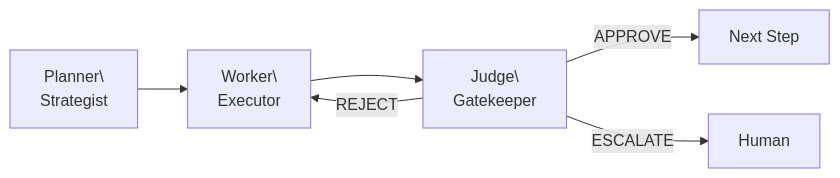
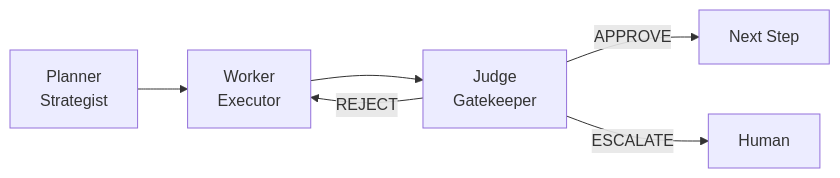
One commit to YvvonM/Chimera_socials changed the first of 9 diagrams in research/architecture_strategy.md. Above: the diagram before and after it, drawn with Mermaid.

Commit message:
checking if the escape character worked

````diff
--- a/research/architecture_strategy.md
+++ b/research/architecture_strategy.md
@@ -46,8 +46,8 @@
 ```mermaid
 flowchart LR
-    P[Planner\\nStrategist] --> W[Worker\\nExecutor]
-    W --> J[Judge\\nGatekeeper]
+    P[Planner<br/>Strategist] --> W[Worker<br/>Executor]
+    W --> J[Judge<br/>Gatekeeper]
     J -->|APPROVE| NEXT[Next Step]
     J -->|REJECT| W
     J -->|ESCALATE| H[Human]
 ```
````
